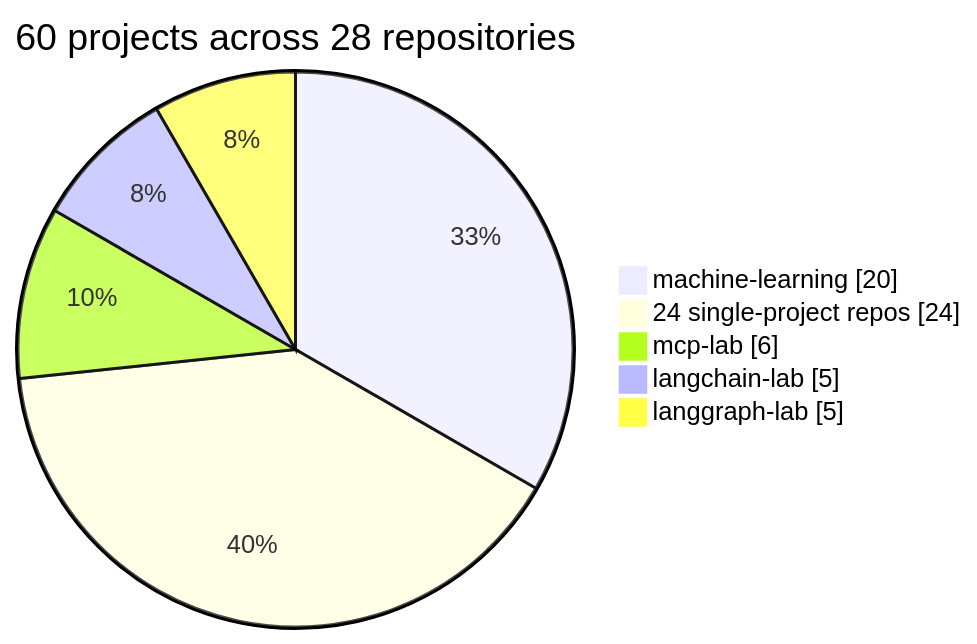
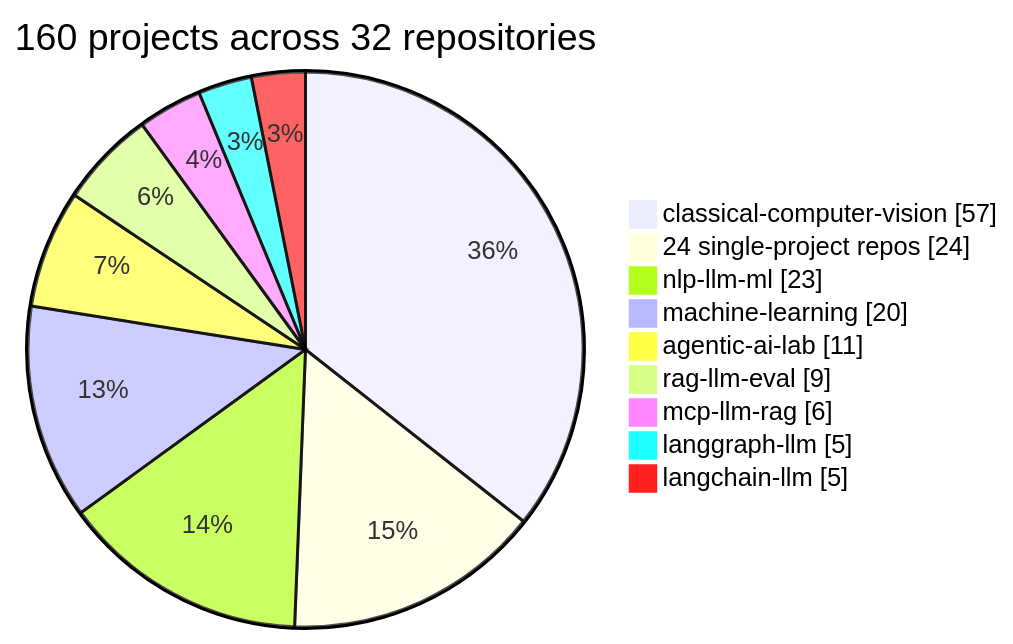
The diagram in README.md (hammas159/hammas159), drawn with Mermaid before and after one commit. The commit also changed other lines of this file, not shown here.

First line of the commit message:
Update profile: 32 repos, 160 projects, stacks per repo, next-work section

````diff
--- a/README.md
+++ b/README.md
@@ -24,9 +28,13 @@
 ```mermaid
 pie showData
-    title 60 projects across 28 repositories
+    title 160 projects across 32 repositories
+    "classical-computer-vision" : 57
+    "24 single-project repos" : 24
+    "nlp-llm-ml" : 23
     "machine-learning" : 20
-    "24 single-project repos" : 24
-    "mcp-lab" : 6
-    "langchain-lab" : 5
-    "langgraph-lab" : 5
+    "agentic-ai-lab" : 11
+    "rag-llm-eval" : 9
+    "mcp-llm-rag" : 6
+    "langgraph-llm" : 5
+    "langchain-llm" : 5
 ```
````
